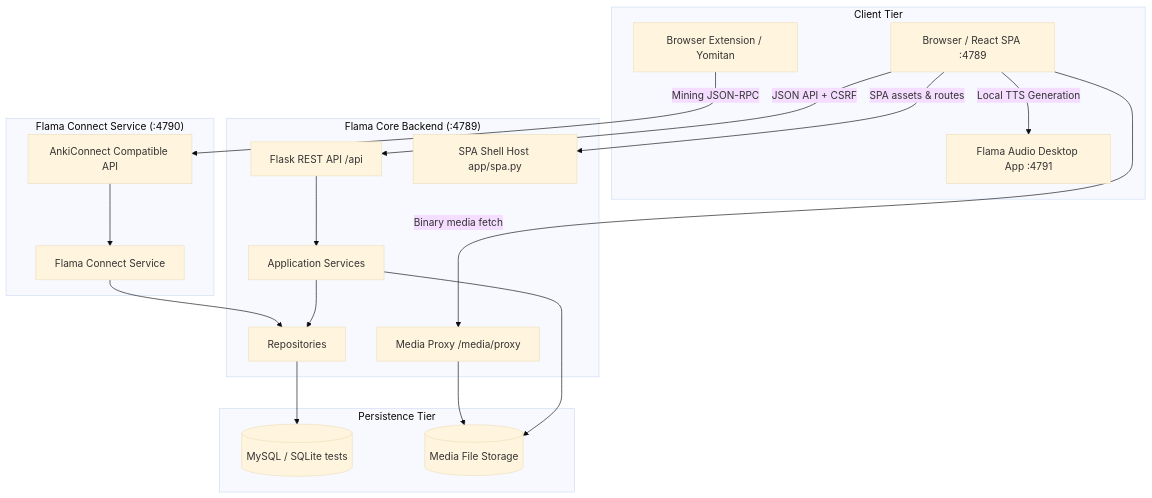
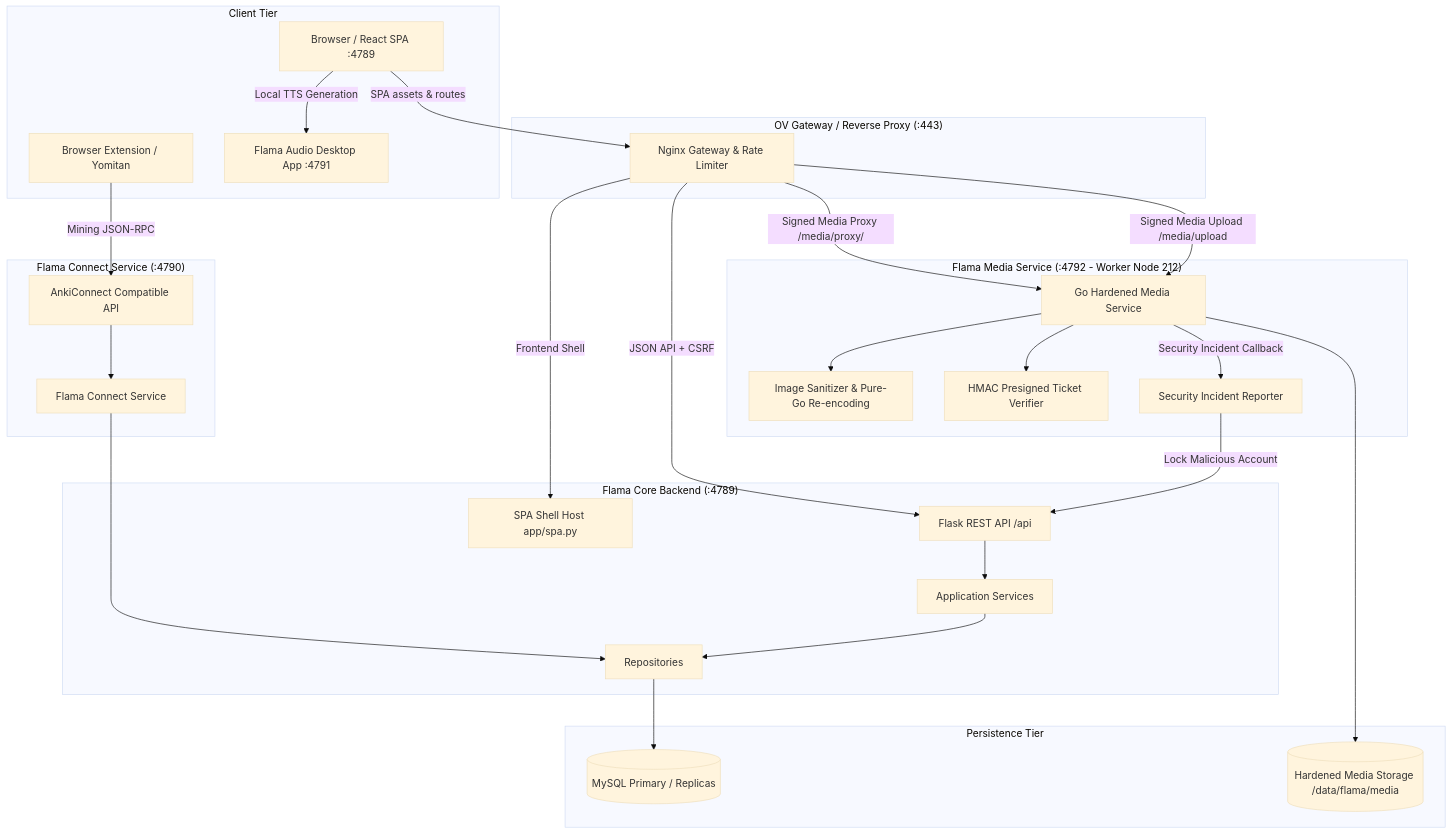
One commit to TrinhChung/Flama changed the diagram in docs/architecture/SYSTEM_ARCHITECTURE.md. Above: the diagram before and after it, drawn with Mermaid (base theme). The commit also changed other lines of this file and 21 other files, not shown here.

Commit message:
perf(scalability): optimize prewarm deck counts pagination and add workload telemetry architecture

````diff
--- a/docs/architecture/SYSTEM_ARCHITECTURE.md
+++ b/docs/architecture/SYSTEM_ARCHITECTURE.md
@@ -16,40 +17,56 @@
 ```mermaid
 flowchart TD
     subgraph Client["Client Tier"]
         B[Browser / React SPA :4789]
         EXT[Browser Extension / Yomitan]
         FA_APP[Flama Audio Desktop App :4791]
     end
 
+    subgraph Gateway["OV Gateway / Reverse Proxy (:443)"]
+        NGINX[Nginx Gateway & Rate Limiter]
+    end
+
     subgraph Backend["Flama Core Backend (:4789)"]
         API[Flask REST API /api]
         SPA_HOST[SPA Shell Host app/spa.py]
-        MEDIA[Media Proxy /media/proxy]
         SVC[Application Services]
         REPO[Repositories]
     end
 
     subgraph Connect["Flama Connect Service (:4790)"]
         CONN_API[AnkiConnect Compatible API]
         CONN_SVC[Flama Connect Service]
     end
 
-    subgraph Storage["Persistence Tier"]
-        DB[(MySQL / SQLite tests)]
-        FS[(Media File Storage)]
+    subgraph MediaWorker["Flama Media Service (:4792 - Worker Node 212)"]
+        MEDIA_GO[Go Hardened Media Service]
+        SAN[Image Sanitizer & Pure-Go Re-encoding]
+        AUTH[HMAC Presigned Ticket Verifier]
+        INCIDENT[Security Incident Reporter]
     end
 
-    B -->|SPA assets & routes| SPA_HOST
-    B -->|JSON API + CSRF| API
-    B -->|Binary media fetch| MEDIA
+    subgraph Storage["Persistence Tier"]
+        DB[(MySQL Primary / Replicas)]
+        FS[(Hardened Media Storage /data/flama/media)]
+    end
+
+    B -->|SPA assets & routes| NGINX
+    NGINX -->|Frontend Shell| SPA_HOST
+    NGINX -->|JSON API + CSRF| API
+    NGINX -->|Signed Media Proxy /media/proxy/| MEDIA_GO
+    NGINX -->|Signed Media Upload /media/upload| MEDIA_GO
     B -->|Local TTS Generation| FA_APP
     EXT -->|Mining JSON-RPC| CONN_API
 
     API --> SVC
     CONN_API --> CONN_SVC
     CONN_SVC --> REPO
     SVC --> REPO
     REPO --> DB
-    MEDIA --> FS
-    SVC --> FS
+
+    MEDIA_GO --> AUTH
+    MEDIA_GO --> SAN
+    MEDIA_GO --> FS
+    MEDIA_GO -->|Security Incident Callback| INCIDENT
+    INCIDENT -->|Lock Malicious Account| API
 ```
````
